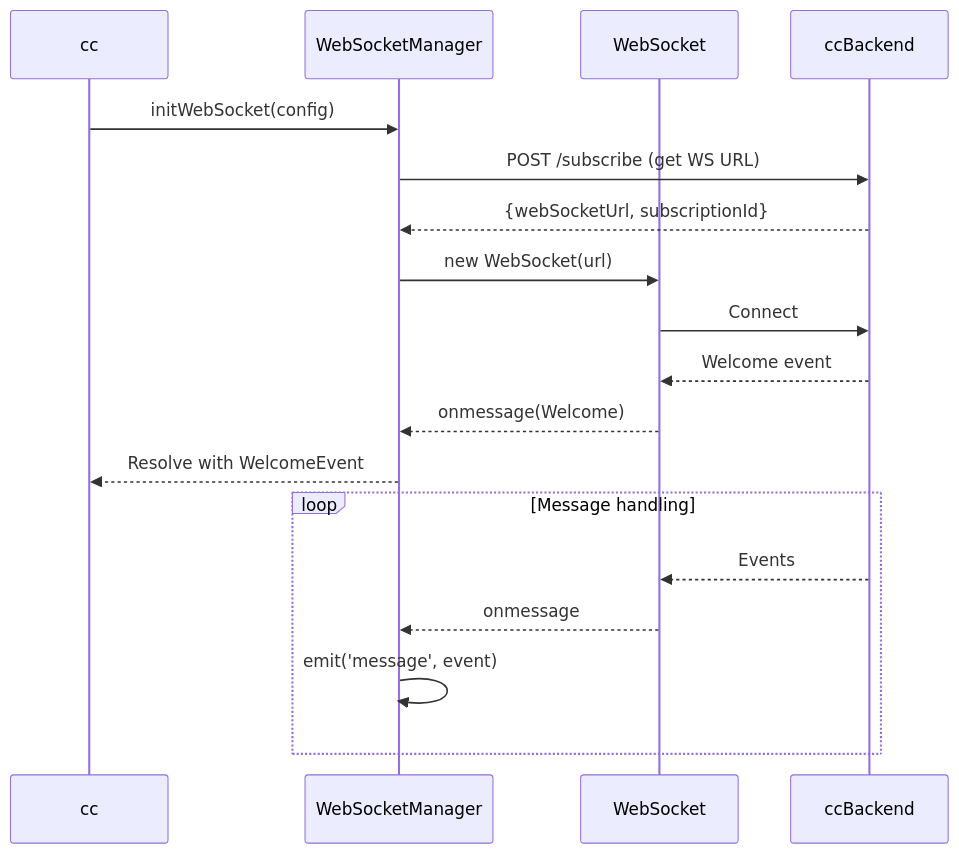
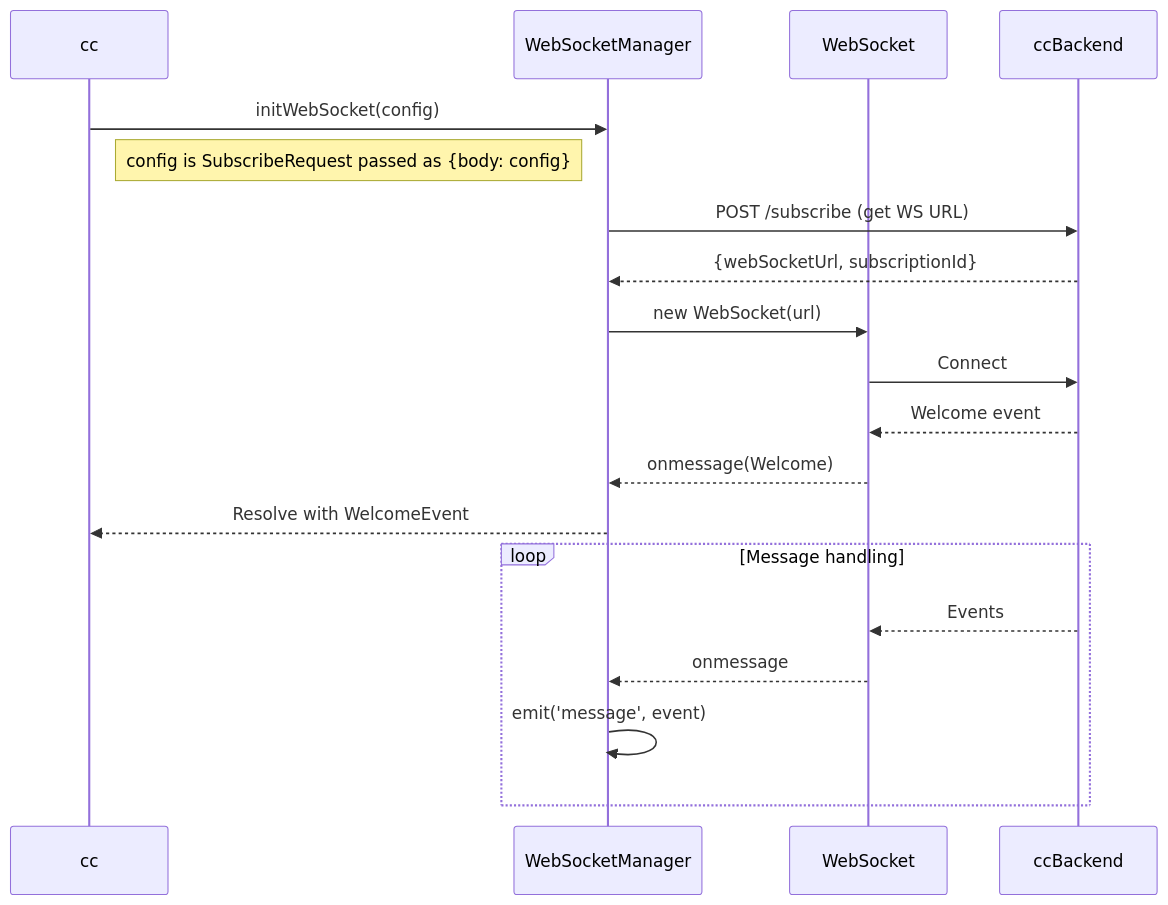
Before and after one commit to webex/webex-js-sdk: the first of 6 diagrams in packages/@webex/contact-center/src/services/core/ai-docs/ARCHITECTURE.md, drawn with Mermaid. The commit also changed other lines of this file, not shown here.

````diff
--- a/packages/@webex/contact-center/src/services/core/ai-docs/ARCHITECTURE.md
+++ b/packages/@webex/contact-center/src/services/core/ai-docs/ARCHITECTURE.md
@@ -11,22 +11,24 @@
 ```mermaid
 sequenceDiagram
     participant cc
     participant WSM as WebSocketManager
     participant WS as WebSocket
     participant BE as ccBackend
 
     cc->>WSM: initWebSocket(config)
+    Note right of cc: config is SubscribeRequest passed as {body: config}
+
     WSM->>BE: POST /subscribe (get WS URL)
     BE-->>WSM: {webSocketUrl, subscriptionId}
     WSM->>WS: new WebSocket(url)
     WS->>BE: Connect
     BE-->>WS: Welcome event
     WS-->>WSM: onmessage(Welcome)
     WSM-->>cc: Resolve with WelcomeEvent
 
     loop Message handling
         BE-->>WS: Events
         WS-->>WSM: onmessage
         WSM->>WSM: emit('message', event)
     end
 ```
````
